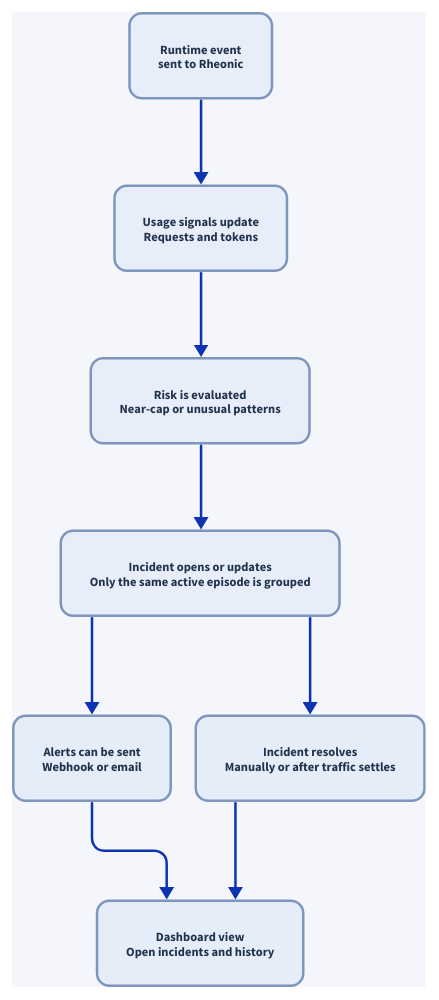
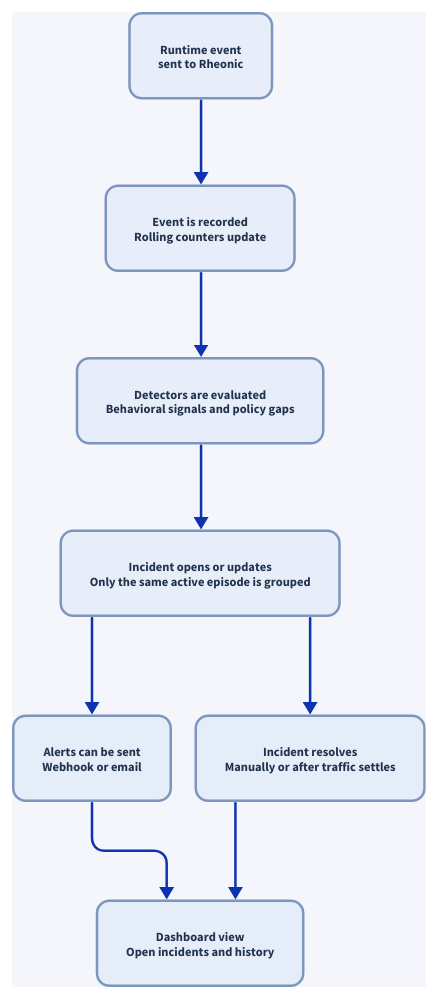
The diagram in docs/architecture/incident_flow.d2 (MichaelTelvin/Rheonic), drawn with D2 before and after one commit. The commit also changed 3 other files, not shown here.

Commit message:
charts update

```diff
--- a/docs/architecture/incident_flow.d2
+++ b/docs/architecture/incident_flow.d2
@@ -1,91 +1,91 @@
 direction: down
 
 vars: {
   d2-config: {
     pad: 10
     sketch: false
     layout-engine: elk
   }
 }
 
 style: {
   fill: "#f4f6fb"
 }
 
 event: "Runtime event\nsent to Rheonic" {
   style: {
     fill: "#e8eef9"
     stroke: "#7e95be"
     font-color: "#21324d"
     border-radius: 10
     font-size: 10
   }
 }
 
-signals: "Usage signals update\nRequests and tokens" {
+signals: "Event is recorded\nRolling counters update" {
   style: {
     fill: "#e8eef9"
     stroke: "#7e95be"
     font-color: "#21324d"
     border-radius: 10
     font-size: 10
   }
 }
 
-risk_check: "Risk is evaluated\nNear-cap or unusual patterns" {
+risk_check: "Detectors are evaluated\nBehavioral signals and policy gaps" {
   style: {
     fill: "#e8eef9"
     stroke: "#7e95be"
     font-color: "#21324d"
     border-radius: 10
     font-size: 10
   }
 }
 
 incident: "Incident opens or updates\nOnly the same active episode is grouped" {
   style: {
     fill: "#e8eef9"
     stroke: "#7e95be"
     font-color: "#21324d"
     border-radius: 10
     font-size: 10
   }
 }
 
 alerts: "Alerts can be sent\nWebhook or email" {
   style: {
     fill: "#e4edf8"
     stroke: "#7e95be"
     font-color: "#21324d"
     border-radius: 10
     font-size: 10
   }
 }
 
 resolve: "Incident resolves\nManually or after traffic settles" {
   style: {
     fill: "#e4edf8"
     stroke: "#7e95be"
     font-color: "#21324d"
     border-radius: 10
     font-size: 10
   }
 }
 
 dashboard: "Dashboard view\nOpen incidents and history" {
   style: {
     fill: "#e4edf8"
     stroke: "#7e95be"
     font-color: "#21324d"
     border-radius: 10
     font-size: 10
   }
 }
 
 event -> signals
 signals -> risk_check
 risk_check -> incident
 incident -> alerts
 incident -> resolve
 alerts -> dashboard
 resolve -> dashboard
```
